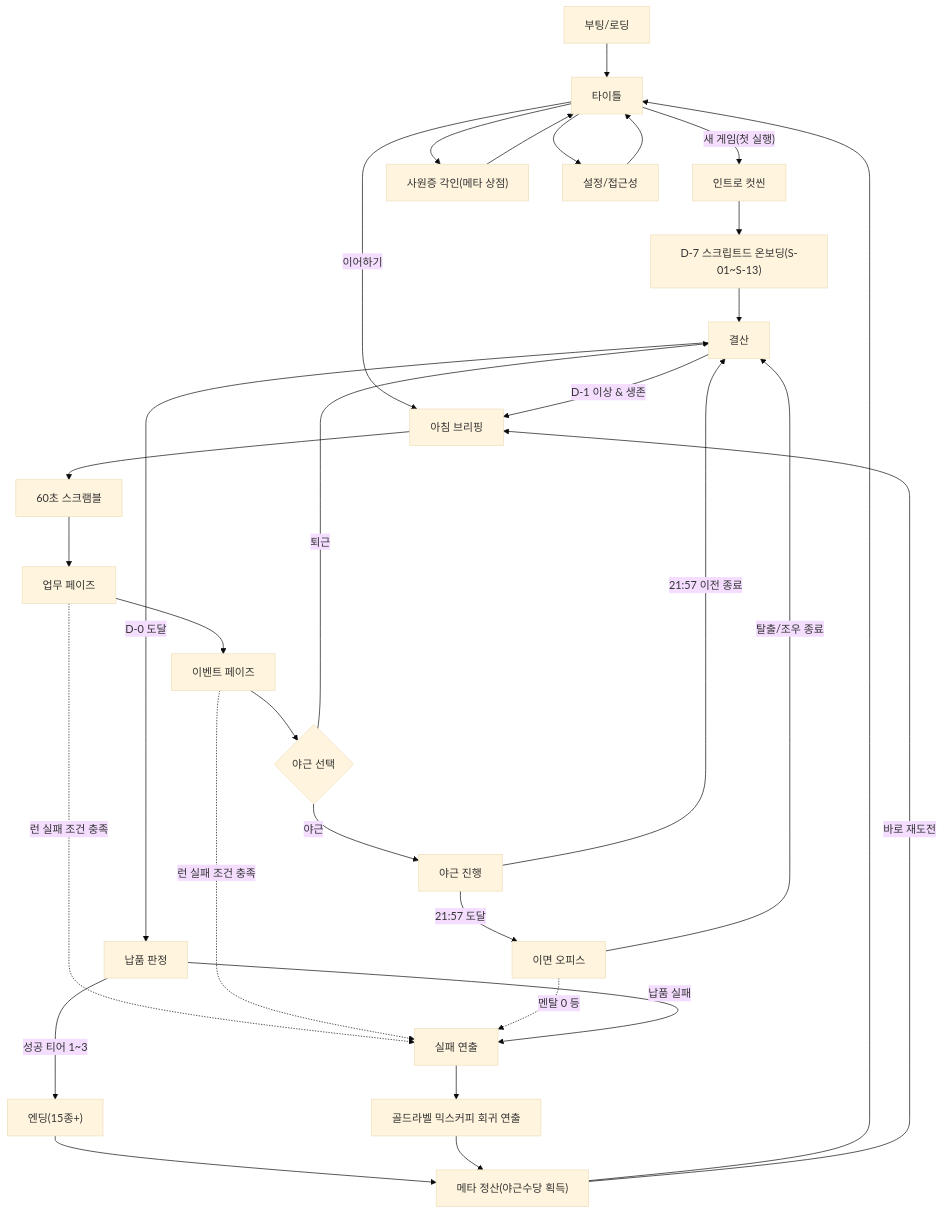
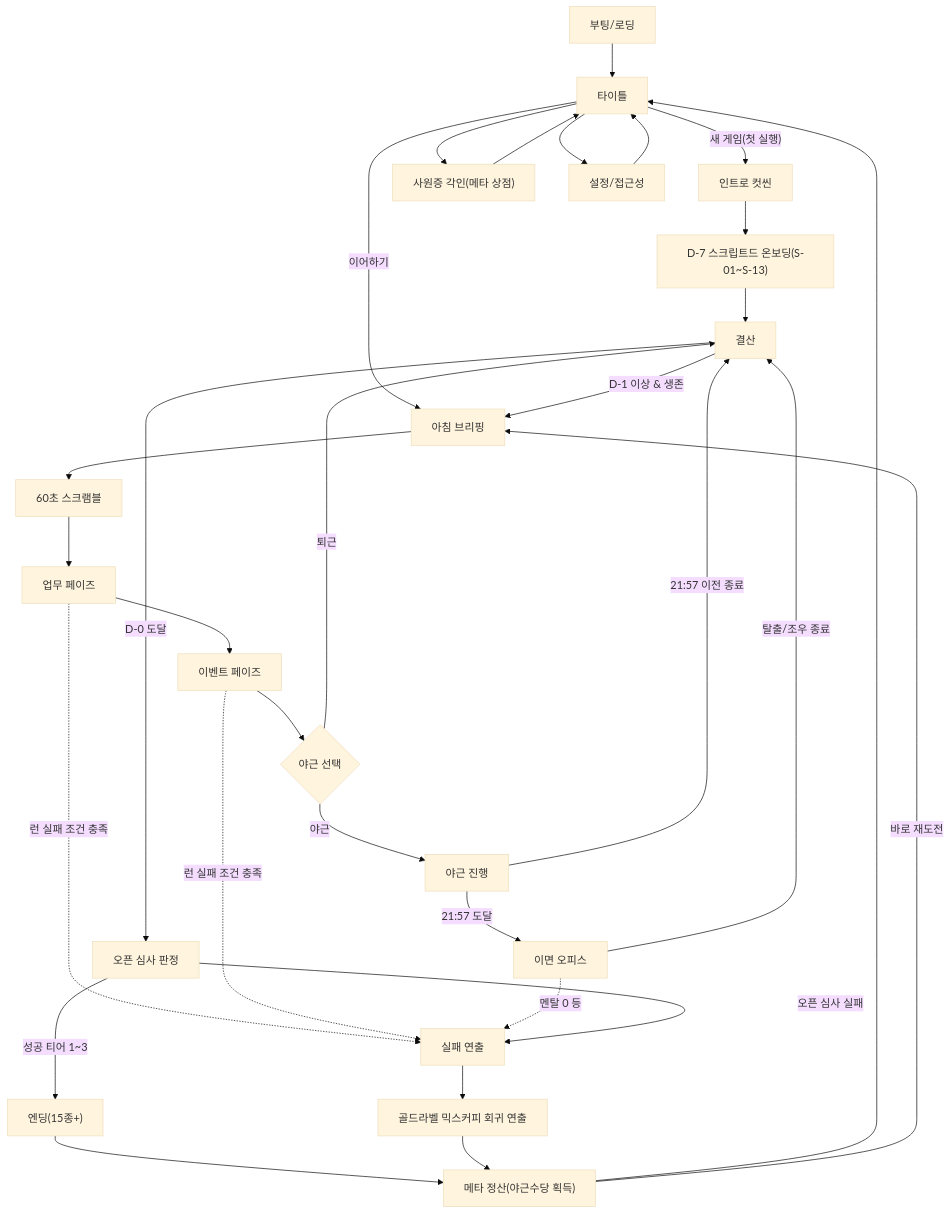
One commit to heoparang-ship-it/Artful-Project changed the diagram in docs/GAME-60SEC-OFFICE-GDD.md. Above: the diagram before and after it, drawn with Mermaid (base theme). The commit also changed other lines of this file, not shown here.

````diff
--- a/docs/GAME-60SEC-OFFICE-GDD.md
+++ b/docs/GAME-60SEC-OFFICE-GDD.md
@@ -1290,33 +1318,33 @@
 ```mermaid
 flowchart TD
     BOOT["부팅/로딩"] --> TITLE["타이틀"]
     TITLE -->|"새 게임(첫 실행)"| INTRO["인트로 컷씬"]
     TITLE -->|"이어하기"| MORNING
     TITLE --> MEMORY["사원증 각인(메타 상점)"]
     MEMORY --> TITLE
     TITLE --> OPT["설정/접근성"]
     OPT --> TITLE
     INTRO --> ONBOARD["D-7 스크립트드 온보딩(S-01~S-13)"]
     ONBOARD --> RESULT
     MORNING["아침 브리핑"] --> SCRAMBLE["60초 스크램블"]
     SCRAMBLE --> WORK["업무 페이즈"]
     WORK --> EVENT["이벤트 페이즈"]
     EVENT --> NIGHT{"야근 선택"}
     NIGHT -->|"퇴근"| RESULT["결산"]
     NIGHT -->|"야근"| OVERTIME["야근 진행"]
     OVERTIME -->|"21:57 이전 종료"| RESULT
     OVERTIME -->|"21:57 도달"| BACKOFFICE["이면 오피스"]
     BACKOFFICE -->|"탈출/조우 종료"| RESULT
     RESULT -->|"D-1 이상 & 생존"| MORNING
-    RESULT -->|"D-0 도달"| JUDGE["납품 판정"]
+    RESULT -->|"D-0 도달"| JUDGE["오픈 심사 판정"]
     WORK -.->|"런 실패 조건 충족"| FAIL["실패 연출"]
     EVENT -.->|"런 실패 조건 충족"| FAIL
     BACKOFFICE -.->|"멘탈 0 등"| FAIL
     JUDGE -->|"성공 티어 1~3"| ENDING["엔딩(15종+)"]
-    JUDGE -->|"납품 실패"| FAIL
+    JUDGE -->|"오픈 심사 실패"| FAIL
     FAIL --> COFFEE["골드라벨 믹스커피 회귀 연출"]
     ENDING --> META["메타 정산(야근수당 획득)"]
     COFFEE --> META
     META --> TITLE
     META -->|"바로 재도전"| MORNING
 ```
````
